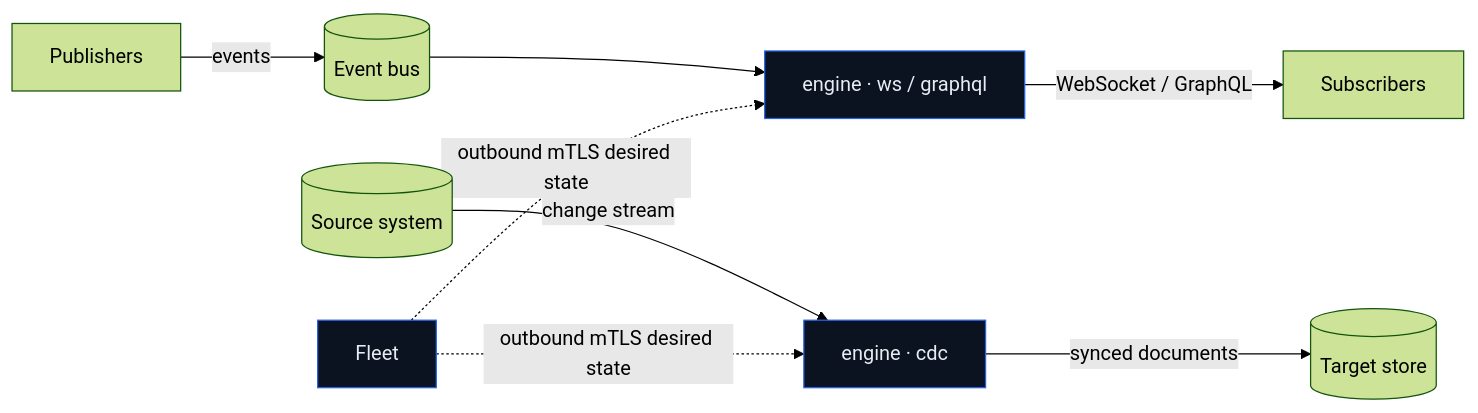
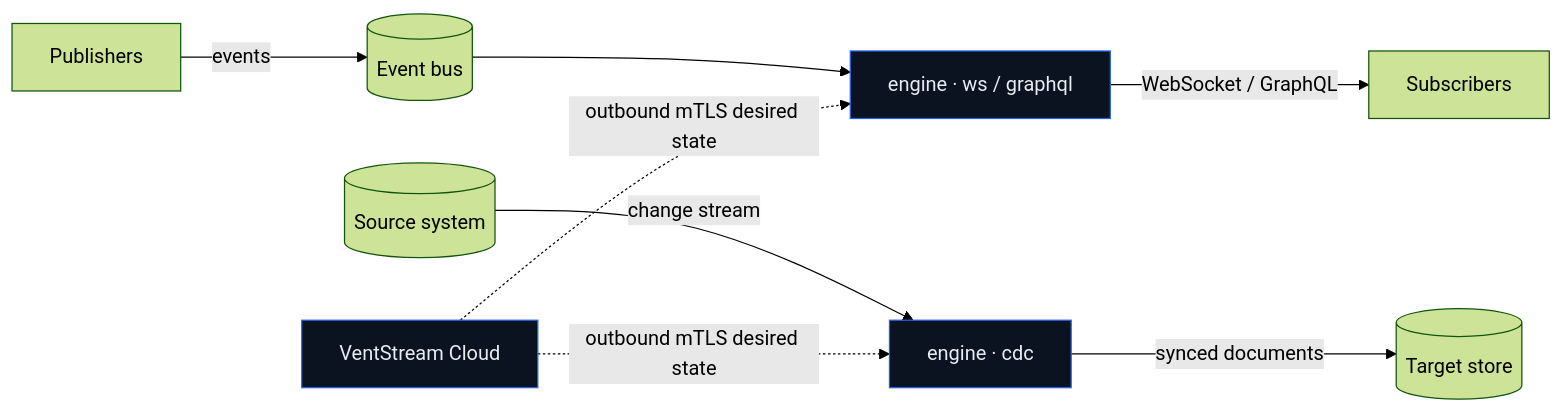
Before and after one commit to ventstream/ventstream: the diagram in docs-site/introduction.mdx, drawn with Mermaid (forest theme). The commit also changed other lines of this file and 37 other files, not shown here.

````diff
--- a/docs-site/introduction.mdx
+++ b/docs-site/introduction.mdx
@@ -108,15 +108,15 @@
 ```mermaid
 flowchart LR
     src[("Source system")] -- "change stream" --> cdc["engine · cdc"]
     cdc -- "synced documents" --> tgt[("Target store")]
 
     pub["Publishers"] -- "events" --> bus[("Event bus")]
     bus --> fan["engine · ws / graphql"]
     fan -- "WebSocket / GraphQL" --> sub["Subscribers"]
 
-    cp["Fleet"] -. "outbound mTLS desired state" .-> cdc
+    cp["VentStream Cloud"] -. "outbound mTLS desired state" .-> cdc
     cp -. "outbound mTLS desired state" .-> fan
 
     classDef n fill:#0b1220,stroke:#2563eb,color:#e6edf3;
     class cdc,fan,cp n;
 ```
````
